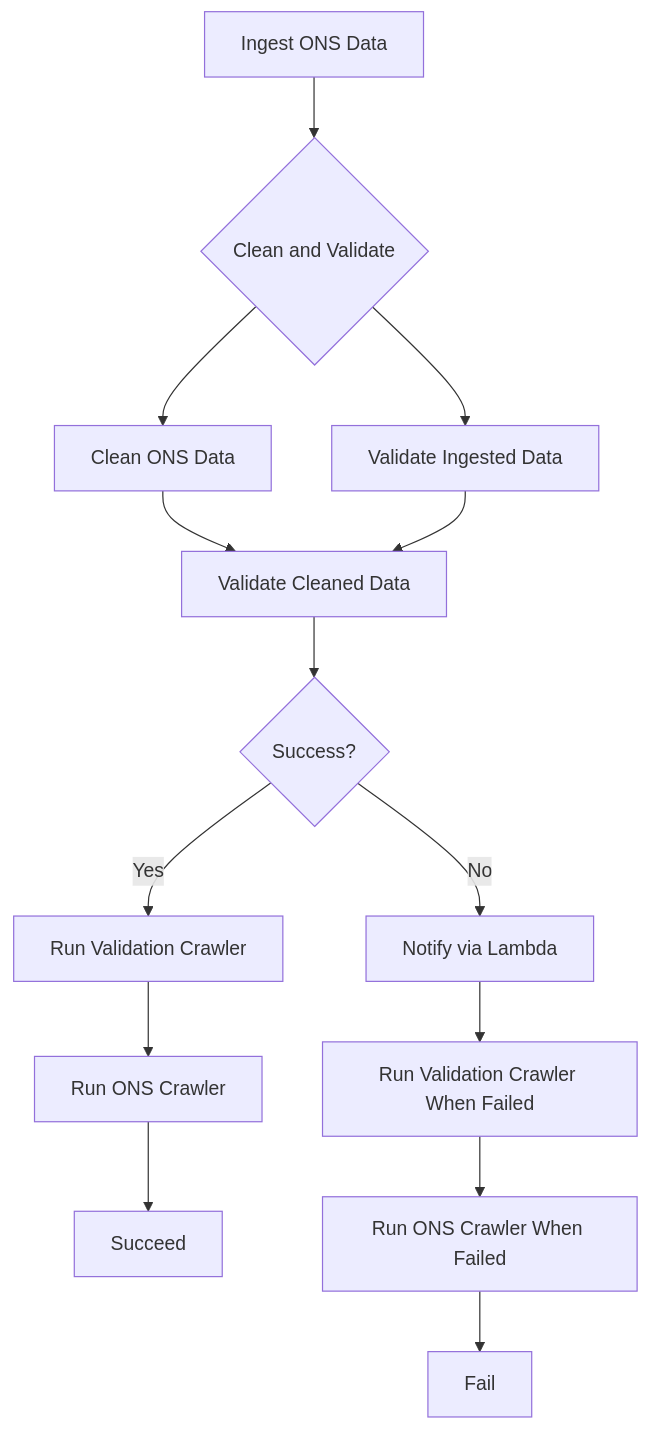
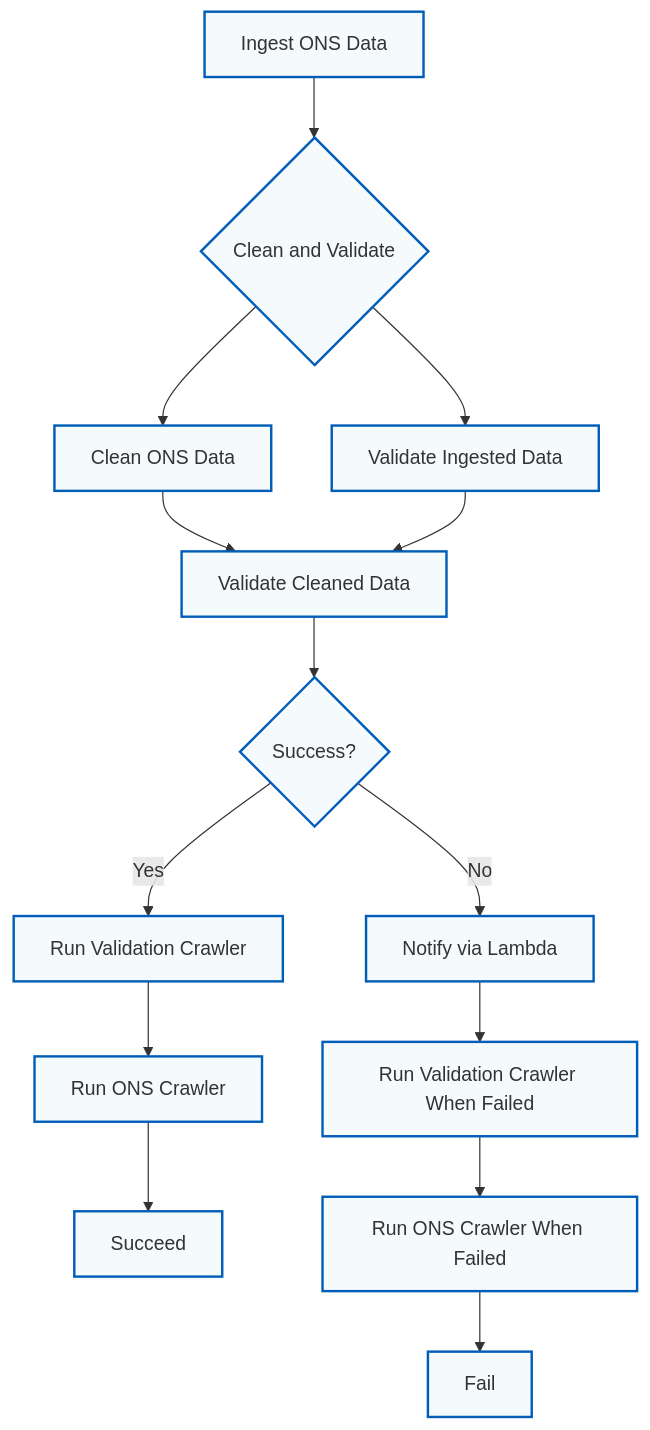
Before and after one commit to NMDSdevopsServiceAdm/DataEngineering: the diagram in docs/source/_01_data_ingestion_pipelines/ingest_ons_pd.md, drawn with Mermaid. The commit also changed 3 other files, not shown here.

Commit message:
format mermaid charts

````diff
--- a/docs/source/_01_data_ingestion_pipelines/ingest_ons_pd.md
+++ b/docs/source/_01_data_ingestion_pipelines/ingest_ons_pd.md
@@ -65,16 +65,18 @@
 ```{mermaid}
 graph TD
-    A[Ingest ONS Data] --> B{Clean and Validate}
-    B --> C[Clean ONS Data]
-    B --> D[Validate Ingested Data]
-    C --> E[Validate Cleaned Data]
+    A[Ingest ONS Data]:::format --> B{Clean and Validate}:::format
+    B --> C[Clean ONS Data]:::format
+    B --> D[Validate Ingested Data]:::format
+    C --> E[Validate Cleaned Data]:::format
     D --> E
-    E --> F{Success?}
-    F -->|Yes| G[Run Validation Crawler]
-    G --> H[Run ONS Crawler]
-    H --> I[Succeed]
-    F -->|No| J[Notify via Lambda]
-    J --> K[Run Validation Crawler When Failed]
-    K --> L[Run ONS Crawler When Failed]
-    L --> M[Fail]
+    E --> F{Success?}:::format
+    F -->|Yes| G[Run Validation Crawler]:::format
+    G --> H[Run ONS Crawler]:::format
+    H --> I[Succeed]:::format
+    F -->|No| J[Notify via Lambda]:::format
+    J --> K[Run Validation Crawler When Failed]:::format
+    K --> L[Run ONS Crawler When Failed]:::format
+    L --> M[Fail]:::format
+
+    classDef format fill:#F5FAFD,stroke:#005EB8,stroke-width:2px;
 ```
````
